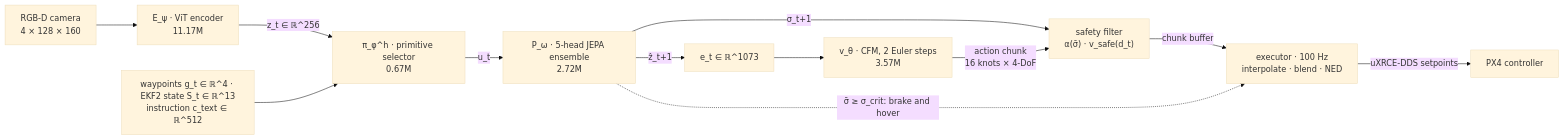
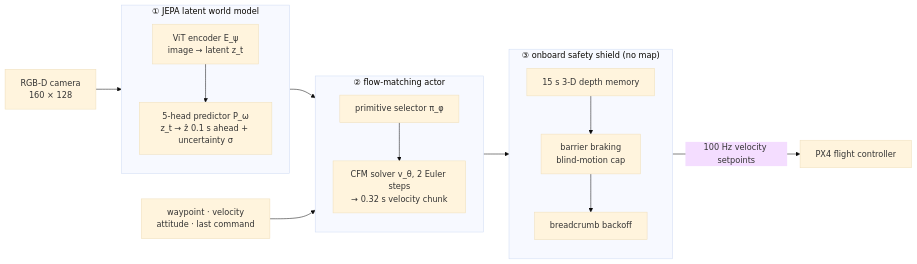
Before and after one commit to ylee-sling/Aero-VPA: the diagram in README.md, drawn with Mermaid (base theme). The commit also changed other lines of this file and 1 other file, not shown here.

First line of the commit message:
README: flight GIF, open-source statement, results, simplified framework diagram; v1.1.0 release notes

````diff
--- a/README.md
+++ b/README.md
@@ -11,14 +39,20 @@
 ```mermaid
 flowchart LR
-    CAM["RGB-D camera<br/>4 × 128 × 160"] --> ENC["E_ψ · ViT encoder<br/>11.17M"]
-    ENC -->|"z_t ∈ ℝ^256"| SEL["π_φ^h · primitive selector<br/>0.67M"]
-    MIS["waypoints g_t ∈ ℝ^4 · EKF2 state S_t ∈ ℝ^13<br/>instruction c_text ∈ ℝ^512"] --> SEL
-    SEL -->|"u_t"| PRED["P_ω · 5-head JEPA ensemble<br/>2.72M"]
-    PRED -->|"ẑ_t+1"| COND["e_t ∈ ℝ^1073"]
-    PRED -->|"σ_t+1"| SAFE
-    COND --> CFM["v_θ · CFM, 2 Euler steps<br/>3.57M"]
-    CFM -->|"action chunk<br/>16 knots × 4-DoF"| SAFE["safety filter<br/>α(σ̄) · v_safe(d_t)"]
-    SAFE -->|"chunk buffer"| EXEC["executor · 100 Hz<br/>interpolate · blend · NED"]
-    EXEC -->|"uXRCE-DDS setpoints"| PX4["PX4 controller"]
-    PRED -.->|"σ̄ ≥ σ_crit: brake and hover"| EXEC
+    CAM["RGB-D camera<br/>160 × 128"] --> WM
+    subgraph WM["① JEPA latent world model"]
+        direction TB
+        ENC["ViT encoder E_ψ<br/>image → latent z_t"] --> PRED["5-head predictor P_ω<br/>z_t → ẑ 0.1 s ahead + uncertainty σ"]
+    end
+    WM --> ACT
+    GOAL["waypoint · velocity<br/>attitude · last command"] --> ACT
+    subgraph ACT["② flow-matching actor"]
+        direction TB
+        SEL["primitive selector π_φ"] --> CFM["CFM solver v_θ, 2 Euler steps<br/>→ 0.32 s velocity chunk"]
+    end
+    ACT --> SH
+    subgraph SH["③ onboard safety shield (no map)"]
+        direction TB
+        MEM["15 s 3-D depth memory"] --> BAR["barrier braking<br/>blind-motion cap"] --> BACK["breadcrumb backoff"]
+    end
+    SH -->|"100 Hz velocity setpoints"| PX4["PX4 flight controller"]
 ```
````
